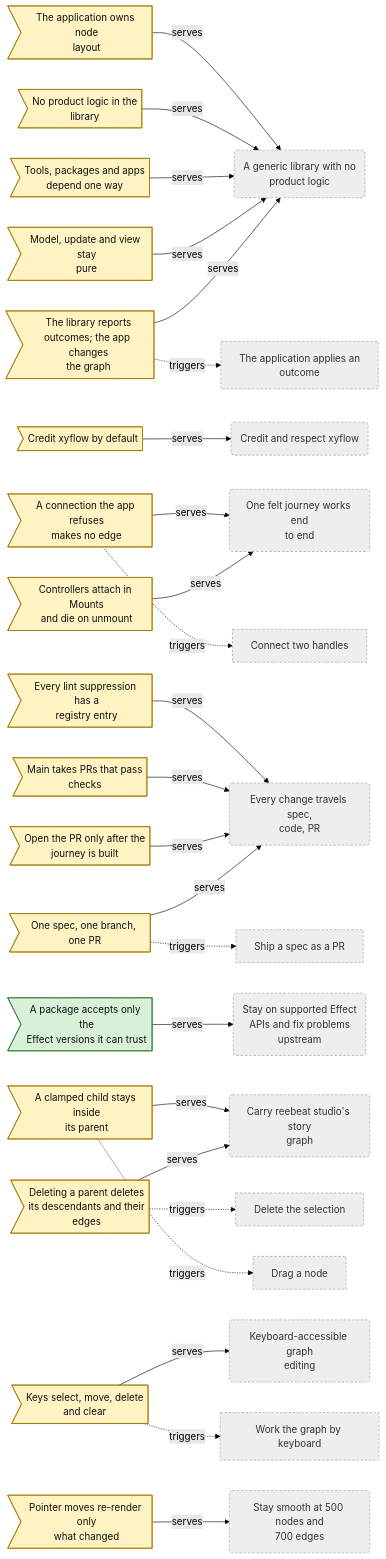
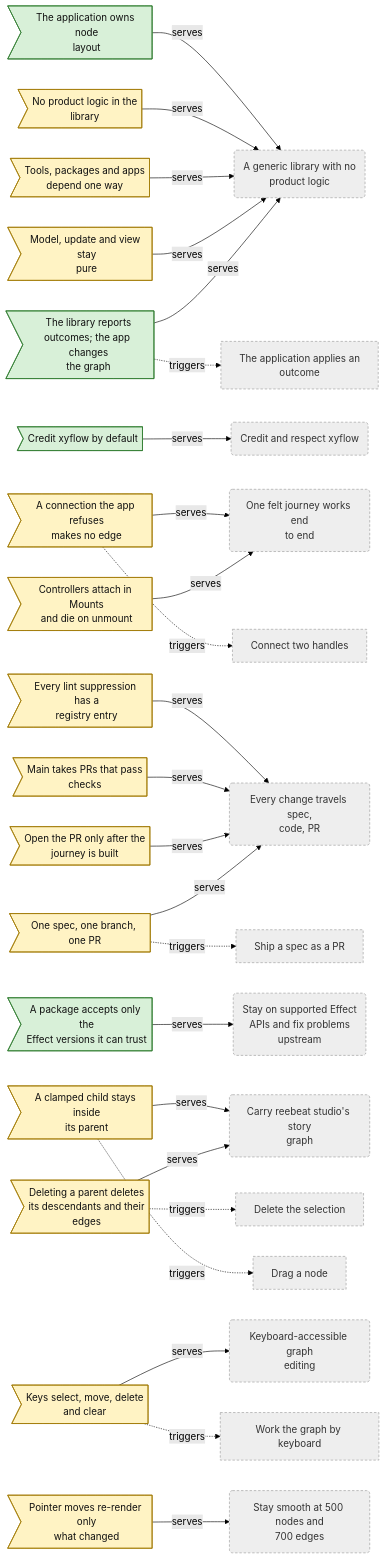
One commit to reebeat/.github changed the fourth of 4 diagrams in docs/business-rules.md. Above: the diagram before and after it, drawn with Mermaid (forest theme). The commit also changed other lines of this file and 59 other files, not shown here.

````diff
--- a/docs/business-rules.md
+++ b/docs/business-rules.md
@@ -349,61 +348,61 @@
 ```mermaid
 flowchart LR
     classDef decided fill:#d8f0d8,stroke:#2d7a2d,color:#111
     classDef proposed fill:#fff3c4,stroke:#a07800,color:#111
     classDef open fill:#f8d7d7,stroke:#a02020,color:#111
     classDef outside fill:#eee,stroke:#999,color:#333,stroke-dasharray:4 3
-    rule_flow_outcomes_not_mutations>"The library reports<br/>outcomes; the app changes<br/>the graph"]:::proposed
+    rule_flow_outcomes_not_mutations>"The library reports<br/>outcomes; the app changes<br/>the graph"]:::decided
     rule_flow_controllers_in_mounts>"Controllers attach in Mounts<br/>and die on unmount"]:::proposed
     rule_flow_pure_update>"Model, update and view stay<br/>pure"]:::proposed
     rule_flow_dependency_direction>"Tools, packages and apps<br/>depend one way"]:::proposed
     rule_flow_no_product_logic>"No product logic in the<br/>library"]:::proposed
-    rule_flow_layout_by_app>"The application owns node<br/>layout"]:::proposed
-    rule_flow_attribution_default>"Credit xyflow by default"]:::proposed
+    rule_flow_layout_by_app>"The application owns node<br/>layout"]:::decided
+    rule_flow_attribution_default>"Credit xyflow by default"]:::decided
     rule_flow_spec_code_pr>"One spec, one branch, one PR"]:::proposed
     rule_flow_pr_after_ready>"Open the PR only after the<br/>journey is built"]:::proposed
     rule_flow_main_protected>"Main takes PRs that pass<br/>checks"]:::proposed
     rule_flow_exceptions_registered>"Every lint suppression has a<br/>registry entry"]:::proposed
     rule_flow_effect_range_by_stability>"A package accepts only the<br/>Effect versions it can trust"]:::decided
     rule_flow_delete_closure>"Deleting a parent deletes<br/>its descendants and their<br/>edges"]:::proposed
     rule_flow_invalid_connection_refused>"A connection the app refuses<br/>makes no edge"]:::proposed
     rule_flow_child_clamp>"A clamped child stays inside<br/>its parent"]:::proposed
     rule_flow_keyboard_actions>"Keys select, move, delete<br/>and clear"]:::proposed
     rule_flow_memoised_views>"Pointer moves re-render only<br/>what changed"]:::proposed
     goal_flow_generic_library("A generic library with no<br/>product logic"):::outside
     process_flow_apply_outcome["The application applies an<br/>outcome"]:::outside
     goal_flow_first_journey("One felt journey works end<br/>to end"):::outside
     goal_flow_respect_xyflow("Credit and respect xyflow"):::outside
     goal_flow_lifecycle("Every change travels spec,<br/>code, PR"):::outside
     process_flow_ship_spec["Ship a spec as a PR"]:::outside
     goal_org_stay_on_supported_stack("Stay on supported Effect<br/>APIs and fix problems<br/>upstream"):::outside
     goal_flow_studio_story_graph("Carry reebeat studio's story<br/>graph"):::outside
     process_flow_delete_selection["Delete the selection"]:::outside
     process_flow_connect_handles["Connect two handles"]:::outside
     process_flow_drag_node["Drag a node"]:::outside
     goal_flow_keyboard_access("Keyboard-accessible graph<br/>editing"):::outside
     process_flow_keyboard_navigate["Work the graph by keyboard"]:::outside
     goal_flow_performance("Stay smooth at 500 nodes and<br/>700 edges"):::outside
     rule_flow_outcomes_not_mutations -->|serves| goal_flow_generic_library
     rule_flow_outcomes_not_mutations -.->|triggers| process_flow_apply_outcome
     rule_flow_controllers_in_mounts -->|serves| goal_flow_first_journey
     rule_flow_pure_update -->|serves| goal_flow_generic_library
     rule_flow_dependency_direction -->|serves| goal_flow_generic_library
     rule_flow_no_product_logic -->|serves| goal_flow_generic_library
     rule_flow_layout_by_app -->|serves| goal_flow_generic_library
     rule_flow_attribution_default -->|serves| goal_flow_respect_xyflow
     rule_flow_spec_code_pr -->|serves| goal_flow_lifecycle
     rule_flow_spec_code_pr -.->|triggers| process_flow_ship_spec
     rule_flow_pr_after_ready -->|serves| goal_flow_lifecycle
     rule_flow_main_protected -->|serves| goal_flow_lifecycle
     rule_flow_exceptions_registered -->|serves| goal_flow_lifecycle
     rule_flow_effect_range_by_stability -->|serves| goal_org_stay_on_supported_stack
     rule_flow_delete_closure -->|serves| goal_flow_studio_story_graph
     rule_flow_delete_closure -.->|triggers| process_flow_delete_selection
     rule_flow_invalid_connection_refused -->|serves| goal_flow_first_journey
     rule_flow_invalid_connection_refused -.->|triggers| process_flow_connect_handles
     rule_flow_child_clamp -->|serves| goal_flow_studio_story_graph
     rule_flow_child_clamp -.->|triggers| process_flow_drag_node
     rule_flow_keyboard_actions -->|serves| goal_flow_keyboard_access
     rule_flow_keyboard_actions -.->|triggers| process_flow_keyboard_navigate
     rule_flow_memoised_views -->|serves| goal_flow_performance
 ```
````
